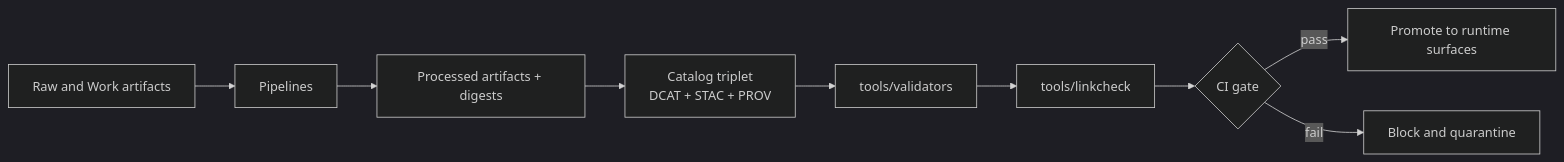
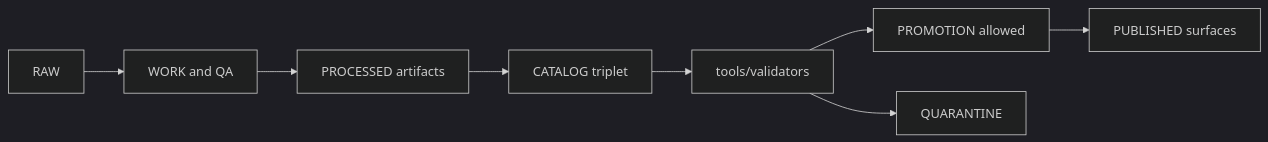
Before and after one commit to bartytime4life/Kansas-Frontier-Matrix: the diagram in tools/validators/README.md, drawn with Mermaid (dark theme). The commit also changed other lines of this file, not shown here.

First line of the commit message:
Revise README for tools/validators with new metadata

````diff
--- a/tools/validators/README.md
+++ b/tools/validators/README.md
@@ -72,11 +81,10 @@
 ```mermaid
 flowchart LR
-  A[Raw and Work artifacts] --> B[Pipelines]
-  B --> C[Processed artifacts + digests]
-  C --> D[Catalog triplet<br/>DCAT + STAC + PROV]
+  A[RAW] --> B[WORK and QA]
+  B --> C[PROCESSED artifacts]
+  C --> D[CATALOG triplet]
   D --> E[tools/validators]
-  E --> F[tools/linkcheck]
-  F --> G{CI gate}
-  G -->|pass| H[Promote to runtime surfaces]
-  G -->|fail| I[Block and quarantine]
+  E --> F[PROMOTION allowed]
+  E --> Q[QUARANTINE]
+  F --> G[PUBLISHED surfaces]
 ```
````
